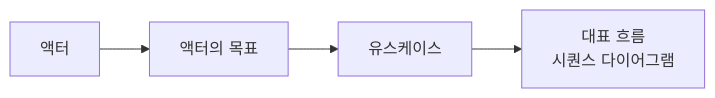
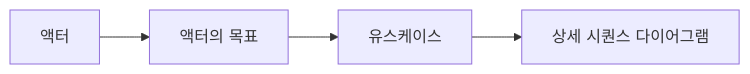
The third of 5 diagrams in docs/week2/commerce-api-design.md (loopers-labs/loop-pack-be-l2-vol5-java), drawn with Mermaid before and after one commit. The commit also changed other lines of this file, not shown here.

````diff
--- a/docs/week2/commerce-api-design.md
+++ b/docs/week2/commerce-api-design.md
@@ -24,6 +62,6 @@
 ```mermaid
 flowchart LR
     A[액터] --> B[액터의 목표]
     B --> C[유스케이스]
-    C --> D[대표 흐름<br/>시퀀스 다이어그램]
+    C --> D[상세 시퀀스 다이어그램]
 ```
````
